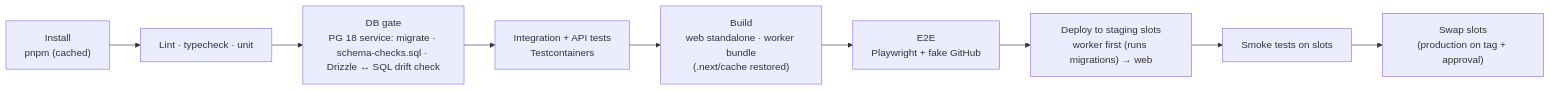
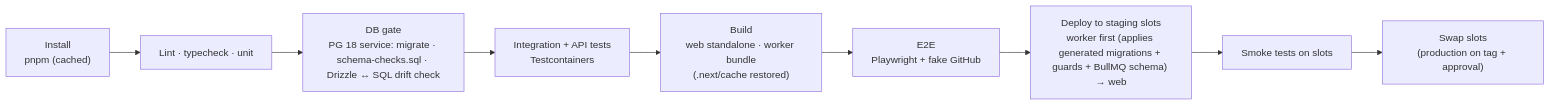
The second of 2 diagrams in docs/design/08-repository-and-azure.md (null-pointers-dev/actioncontroller), drawn with Mermaid before and after one commit. The commit also changed other lines of this file and 30 other files, not shown here.

````diff
--- a/docs/design/08-repository-and-azure.md
+++ b/docs/design/08-repository-and-azure.md
@@ -126,11 +126,11 @@
 ```mermaid
 flowchart LR
     A["Install<br/>pnpm (cached)"] --> B["Lint · typecheck · unit"]
     B --> C["DB gate<br/>PG 18 service: migrate · schema-checks.sql · Drizzle ↔ SQL drift check"]
     C --> D["Integration + API tests<br/>Testcontainers"]
     D --> E["Build<br/>web standalone · worker bundle<br/>(.next/cache restored)"]
     E --> F["E2E<br/>Playwright + fake GitHub"]
-    F --> G["Deploy to staging slots<br/>worker first (runs migrations) → web"]
+    F --> G["Deploy to staging slots<br/>worker first (applies generated migrations + guards + BullMQ schema) → web"]
     G --> H["Smoke tests on slots"]
     H --> I["Swap slots<br/>(production on tag + approval)"]
 ```
````
